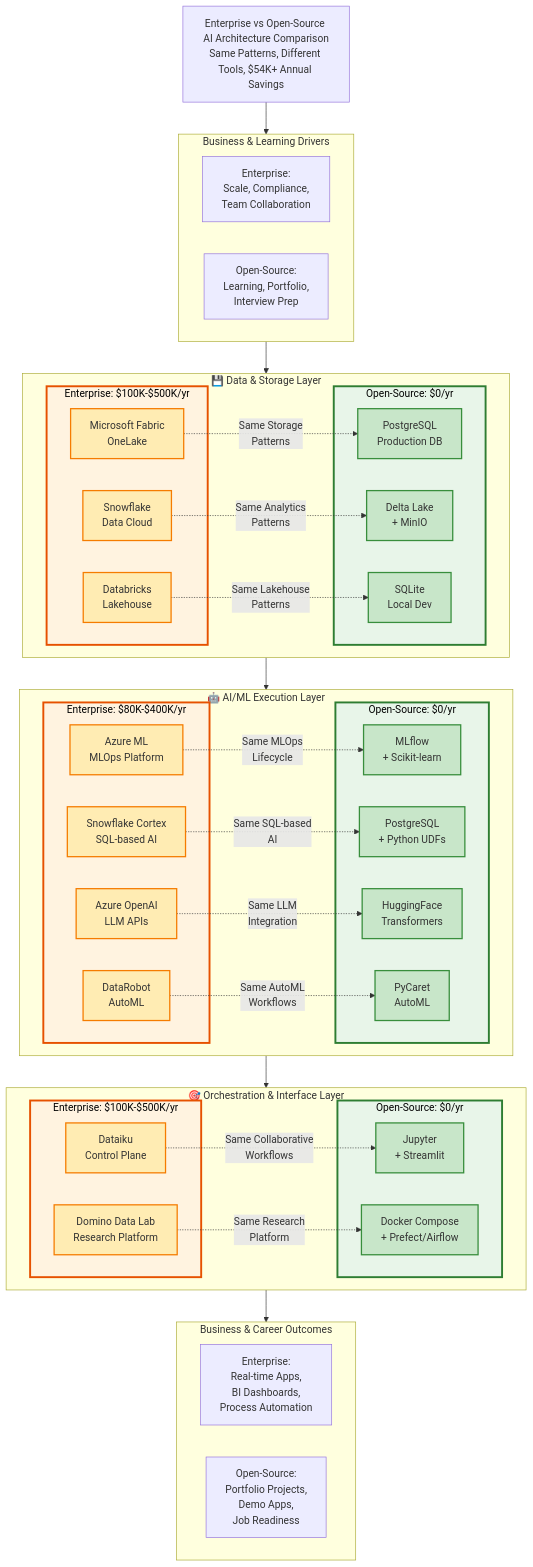
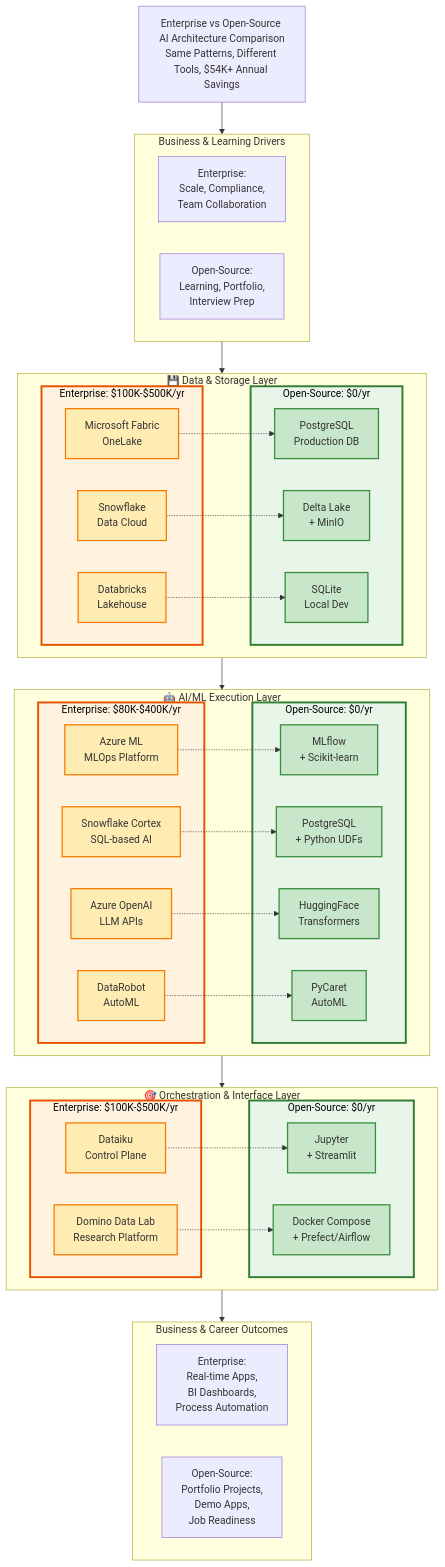
One commit to justin-mbca/enterprise-ai-workflows changed the diagram in ARCHITECTURE-COMPARISON.md. Above: the diagram before and after it, drawn with Mermaid.

Commit message:
Mermaid: remove 'Same ...' labels on mapping arrows; keep clean dotted comparisons

```diff
--- a/ARCHITECTURE-COMPARISON.md
+++ b/ARCHITECTURE-COMPARISON.md
@@ -81,17 +81,17 @@
     layer3 --> outcomes
     
     %% ========== PATTERN MAPPING ==========
-    E1A -.Same Storage<br/>Patterns.-> O1A
-    E1B -.Same Analytics<br/>Patterns.-> O1B
-    E1C -.Same Lakehouse<br/>Patterns.-> O1C
+    E1A -.-> O1A
+    E1B -.-> O1B
+    E1C -.-> O1C
     
-    E2A -.Same MLOps<br/>Lifecycle.-> O2A
-    E2B -.Same SQL-based<br/>AI.-> O2B
-    E2C -.Same LLM<br/>Integration.-> O2C
-    E2D -.Same AutoML<br/>Workflows.-> O2D
+    E2A -.-> O2A
+    E2B -.-> O2B
+    E2C -.-> O2C
+    E2D -.-> O2D
     
-    E3A -.Same Collaborative<br/>Workflows.-> O3A
-    E3B -.Same Research<br/>Platform.-> O3B
+    E3A -.-> O3A
+    E3B -.-> O3B
     
     %% ========== STYLING ==========
     classDef enterprise fill:#fff3e0,stroke:#e65100,stroke-width:3px,color:#000
```
